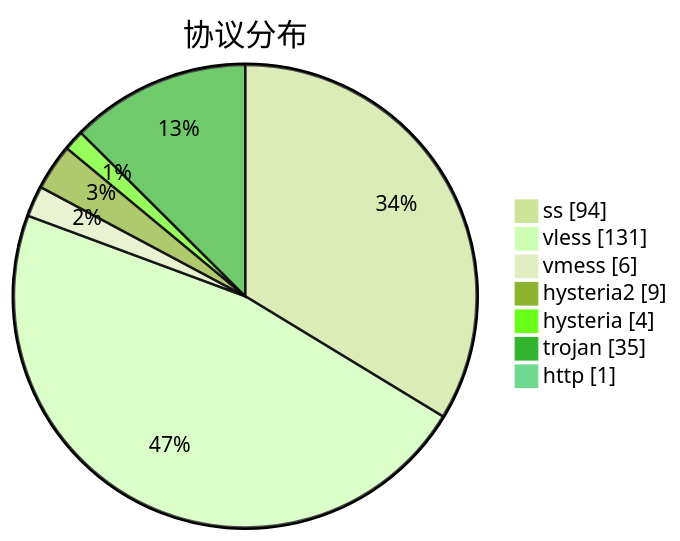
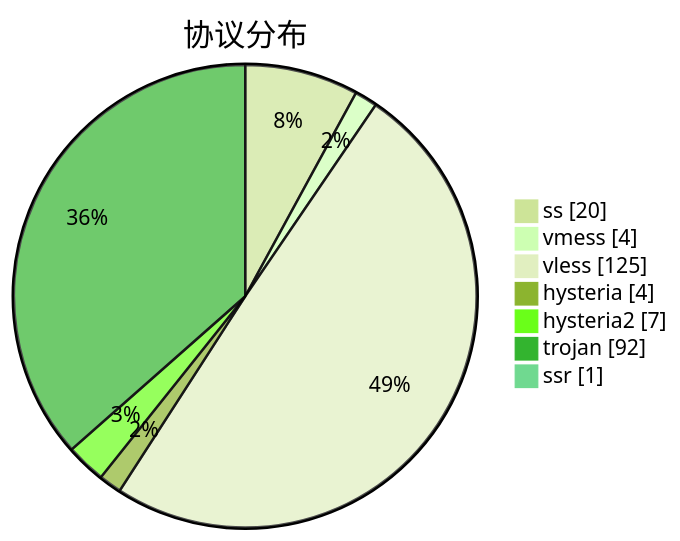
Before and after one commit to sinspired/airport: the third of 3 diagrams in subs/statistics/tested_within.md, drawn with Mermaid (forest theme). The commit also changed other lines of this file and 2 other files, not shown here.

````diff
--- a/subs/statistics/tested_within.md
+++ b/subs/statistics/tested_within.md
@@ -49,11 +38,11 @@
 ```mermaid
 pie showData
 title 协议分布
-"ss" : 94
-"vless" : 131
-"vmess" : 6
-"hysteria2" : 9
+"ss" : 20
+"vmess" : 4
+"vless" : 125
 "hysteria" : 4
-"trojan" : 35
-"http" : 1
+"hysteria2" : 7
+"trojan" : 92
+"ssr" : 1
 ```
````
